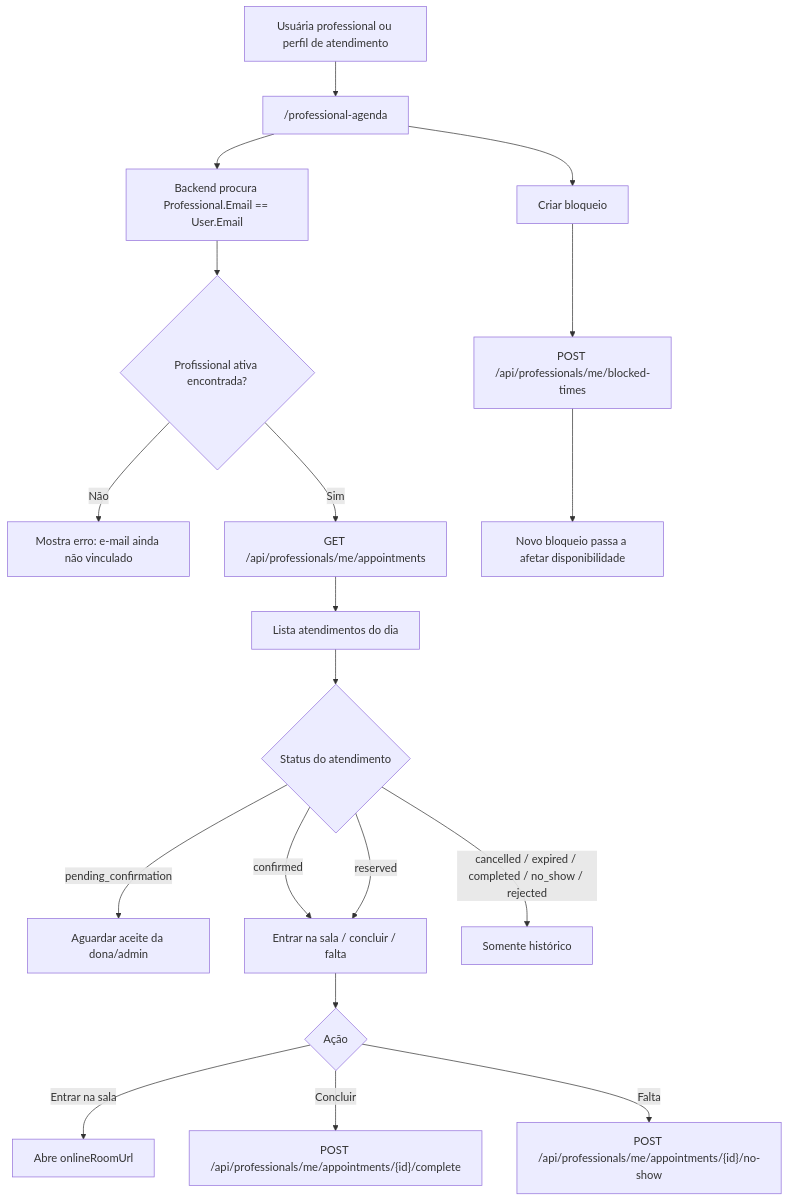
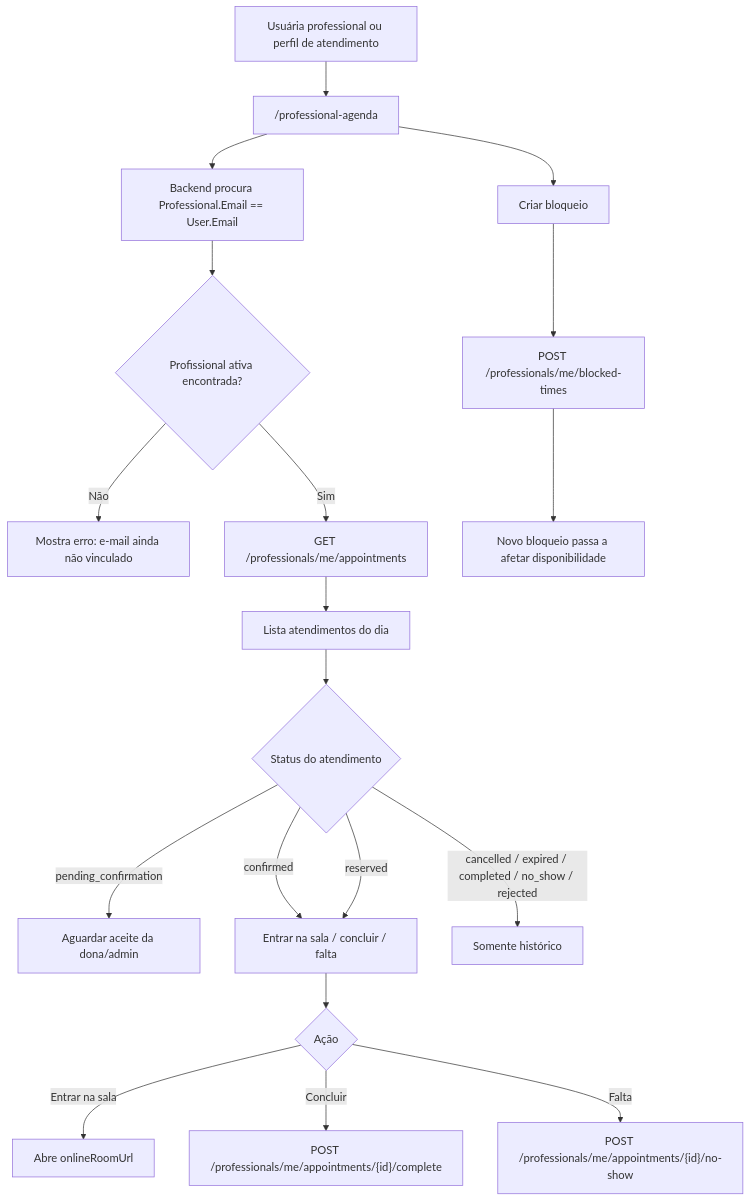
The seventh of 9 diagrams in docs/fluxograma-cenarios.md (ThiDevs/psicologa_agenda), drawn with Mermaid before and after one commit. The commit also changed other lines of this file and 12 other files, not shown here.

````diff
--- a/docs/fluxograma-cenarios.md
+++ b/docs/fluxograma-cenarios.md
@@ -251,24 +251,24 @@
 ```mermaid
 flowchart TD
   ProfessionalUser["Usuária professional ou perfil de atendimento"] --> ProfessionalAgenda["/professional-agenda"]
   ProfessionalAgenda --> LinkCheck["Backend procura Professional.Email == User.Email"]
   LinkCheck --> Linked{"Profissional ativa encontrada?"}
   Linked -- "Não" --> LinkError["Mostra erro: e-mail ainda não vinculado"]
-  Linked -- "Sim" --> LoadAppointments["GET /api/professionals/me/appointments"]
+  Linked -- "Sim" --> LoadAppointments["GET /professionals/me/appointments"]
 
   LoadAppointments --> DayList["Lista atendimentos do dia"]
   DayList --> Appointment{"Status do atendimento"}
   Appointment -- "pending_confirmation" --> WaitOwner["Aguardar aceite da dona/admin"]
   Appointment -- "confirmed" --> ProfessionalActions["Entrar na sala / concluir / falta"]
   Appointment -- "reserved" --> ProfessionalActions
   Appointment -- "cancelled / expired / completed / no_show / rejected" --> ReadOnly["Somente histórico"]
 
   ProfessionalActions --> Action{"Ação"}
   Action -- "Entrar na sala" --> Room["Abre onlineRoomUrl"]
-  Action -- "Concluir" --> Complete["POST /api/professionals/me/appointments/{id}/complete"]
-  Action -- "Falta" --> NoShow["POST /api/professionals/me/appointments/{id}/no-show"]
+  Action -- "Concluir" --> Complete["POST /professionals/me/appointments/{id}/complete"]
+  Action -- "Falta" --> NoShow["POST /professionals/me/appointments/{id}/no-show"]
 
   ProfessionalAgenda --> Block["Criar bloqueio"]
-  Block --> BlockApi["POST /api/professionals/me/blocked-times"]
+  Block --> BlockApi["POST /professionals/me/blocked-times"]
   BlockApi --> Availability["Novo bloqueio passa a afetar disponibilidade"]
 ```
````
